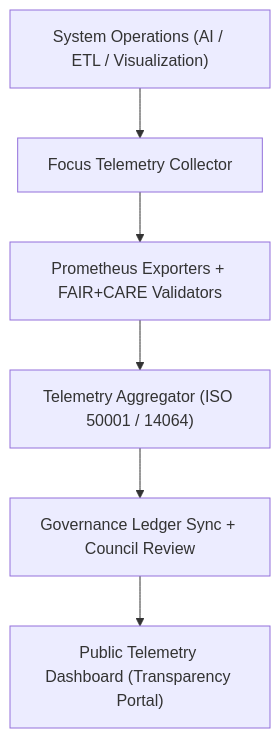
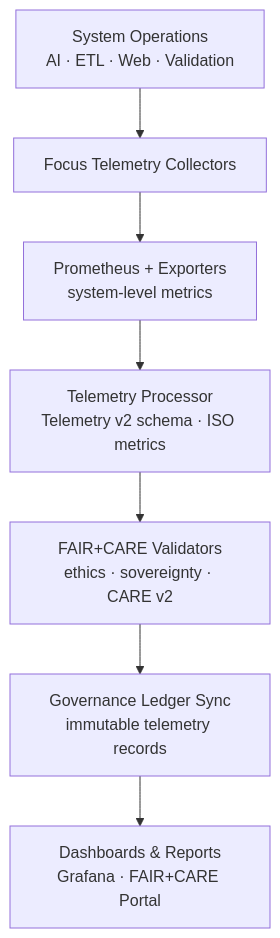
One commit to bartytime4life/Kansas-Frontier-Matrix changed the first of 2 diagrams in docs/guides/telemetry/README.md. Above: the diagram before and after it, drawn with Mermaid. The commit also changed other lines of this file, not shown here.

`````diff
--- a/docs/guides/telemetry/README.md
+++ b/docs/guides/telemetry/README.md
@@ -63,8 +87,9 @@
 ```mermaid
 flowchart TD
-A["System Operations (AI / ETL / Visualization)"] --> B["Focus Telemetry Collector"]
-B --> C["Prometheus Exporters + FAIR+CARE Validators"]
-C --> D["Telemetry Aggregator (ISO 50001 / 14064)"]
-D --> E["Governance Ledger Sync + Council Review"]
-E --> F["Public Telemetry Dashboard (Transparency Portal)"]
-```
+A["System Operations<br/>AI · ETL · Web · Validation"] --> B["Focus Telemetry Collectors"]
+B --> C["Prometheus + Exporters<br/>system-level metrics"]
+C --> D["Telemetry Processor<br/>Telemetry v2 schema · ISO metrics"]
+D --> E["FAIR+CARE Validators<br/>ethics · sovereignty · CARE v2"]
+E --> F["Governance Ledger Sync<br/>immutable telemetry records"]
+F --> G["Dashboards & Reports<br/>Grafana · FAIR+CARE Portal"]
+````
`````
